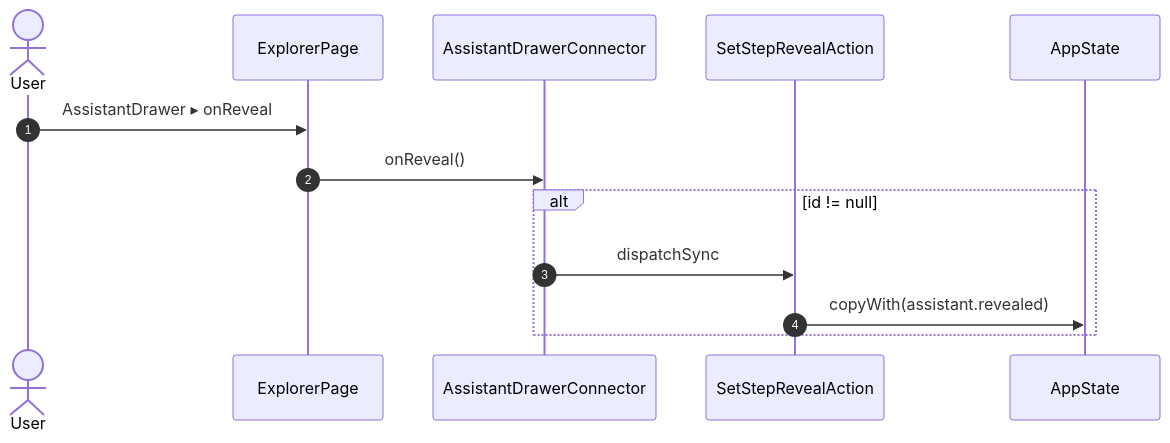
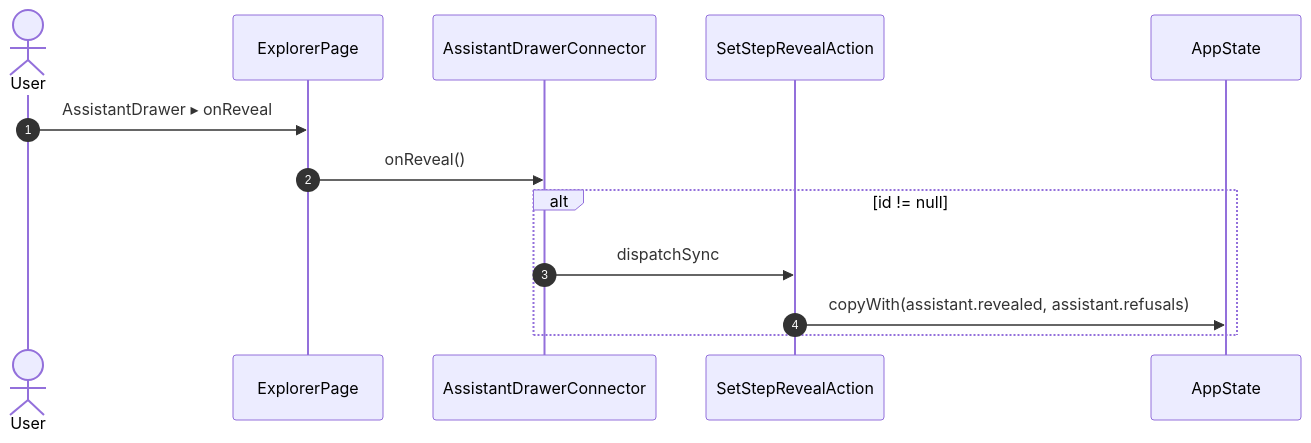
Before and after one commit to gencto/wyrm: diagram 38 of 56 in studio/docs/flows/explorer.md, drawn with Mermaid. The commit also changed other lines of this file and 26 other files, not shown here.

````diff
--- a/studio/docs/flows/explorer.md
+++ b/studio/docs/flows/explorer.md
@@ -727,16 +727,16 @@
 ```mermaid
 sequenceDiagram
     autonumber
     actor User
     participant UI as ExplorerPage
     participant R1 as AssistantDrawerConnector
     participant A1 as SetStepRevealAction
     participant ST as AppState
 
     User->>UI: AssistantDrawer ▸ onReveal
     UI->>R1: onReveal()
     alt id != null
         R1->>A1: dispatchSync
-        A1->>ST: copyWith(assistant.revealed)
+        A1->>ST: copyWith(assistant.revealed, assistant.refusals)
     end
 ```
````
